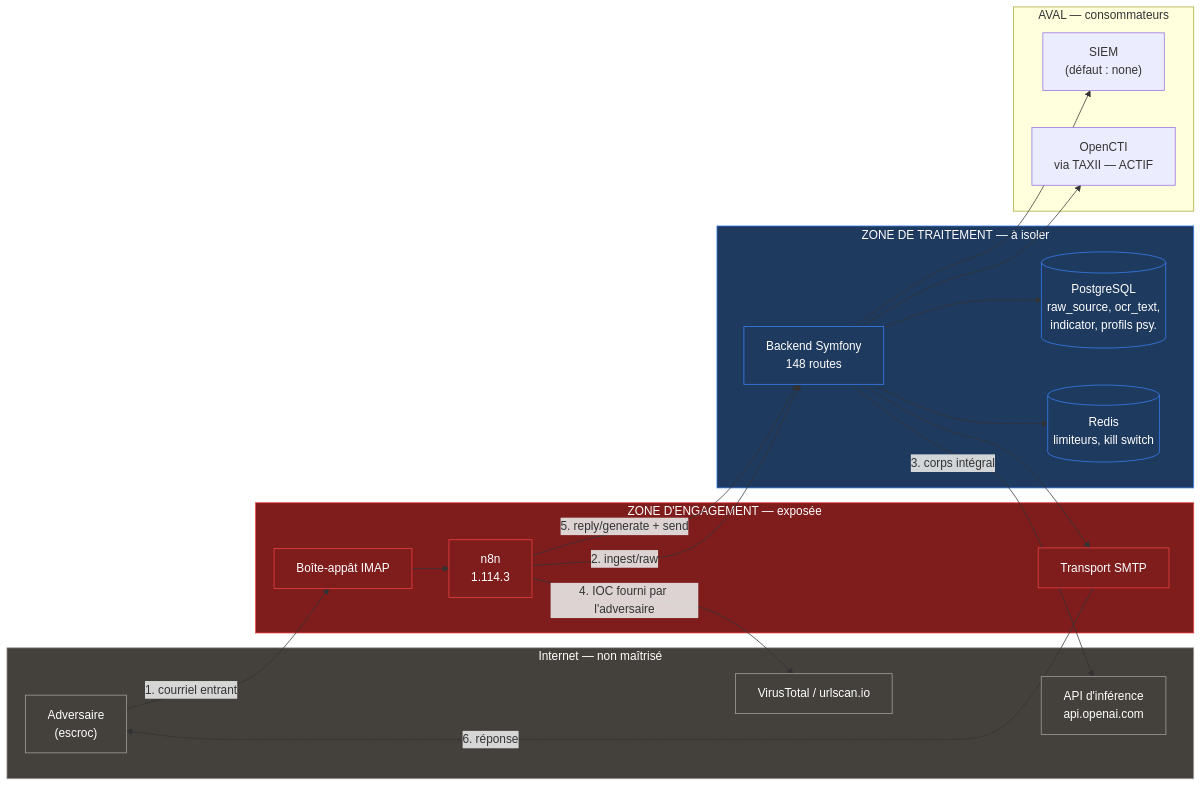
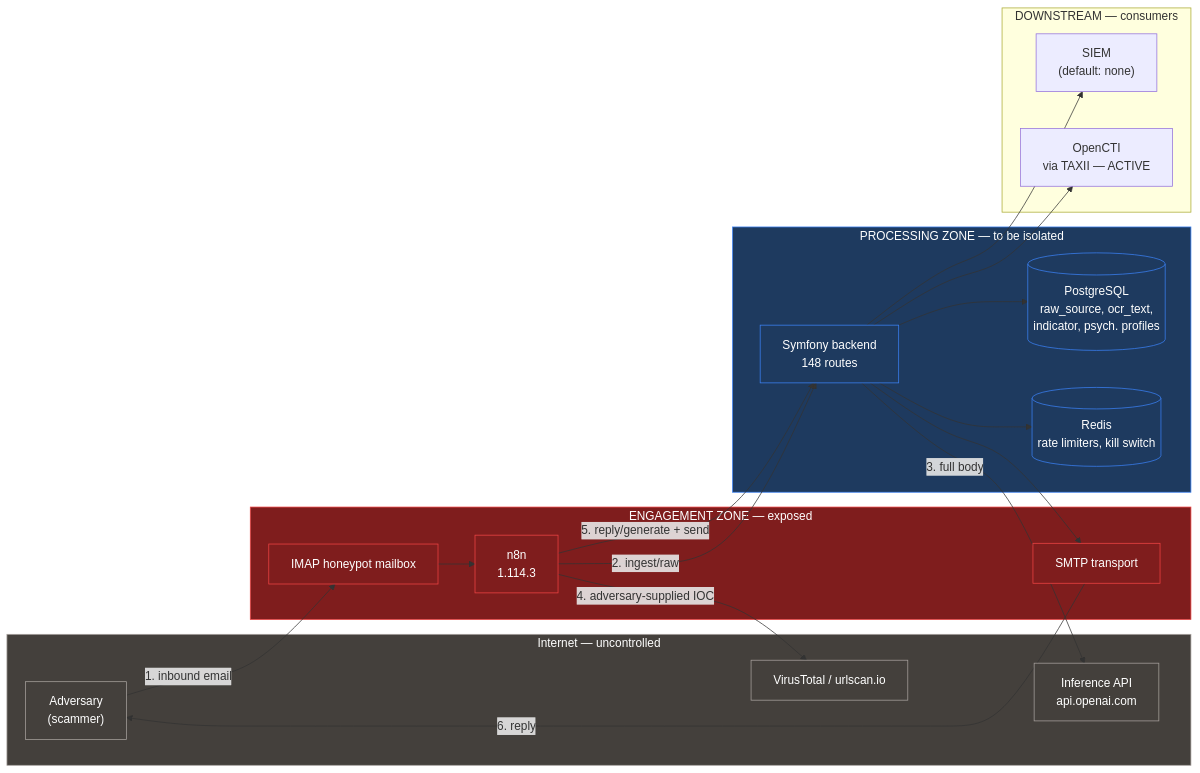
Before and after one commit to laugiov/scambuster: the diagram in audit/01_scope.md, drawn with Mermaid. The commit also changed other lines of this file, not shown here.

````diff
--- a/audit/01_scope.md
+++ b/audit/01_scope.md
@@ -465,45 +466,45 @@
 ```mermaid
 flowchart LR
-  subgraph INTERNET["Internet — non maîtrisé"]
-    ADV["Adversaire<br/>(escroc)"]
+  subgraph INTERNET["Internet — uncontrolled"]
+    ADV["Adversary<br/>(scammer)"]
     VT["VirusTotal / urlscan.io"]
-    LLMAPI["API d'inférence<br/>api.openai.com"]
+    LLMAPI["Inference API<br/>api.openai.com"]
   end
 
-  subgraph ZE["ZONE D'ENGAGEMENT — exposée"]
-    IMAP["Boîte-appât IMAP"]
+  subgraph ZE["ENGAGEMENT ZONE — exposed"]
+    IMAP["IMAP honeypot mailbox"]
     N8N["n8n<br/>1.114.3"]
-    SMTP["Transport SMTP"]
+    SMTP["SMTP transport"]
   end
 
-  subgraph ZT["ZONE DE TRAITEMENT — à isoler"]
-    API["Backend Symfony<br/>148 routes"]
-    DB[("PostgreSQL<br/>raw_source, ocr_text,<br/>indicator, profils psy.")]
-    REDIS[("Redis<br/>limiteurs, kill switch")]
+  subgraph ZT["PROCESSING ZONE — to be isolated"]
+    API["Symfony backend<br/>148 routes"]
+    DB[("PostgreSQL<br/>raw_source, ocr_text,<br/>indicator, psych. profiles")]
+    REDIS[("Redis<br/>rate limiters, kill switch")]
   end
 
-  subgraph AVAL["AVAL — consommateurs"]
-    SIEM["SIEM<br/>(défaut : none)"]
-    OCTI["OpenCTI<br/>via TAXII — ACTIF"]
+  subgraph AVAL["DOWNSTREAM — consumers"]
+    SIEM["SIEM<br/>(default: none)"]
+    OCTI["OpenCTI<br/>via TAXII — ACTIVE"]
   end
 
-  ADV -->|"1. courriel entrant"| IMAP
+  ADV -->|"1. inbound email"| IMAP
   IMAP --> N8N
   N8N -->|"2. ingest/raw"| API
-  API -->|"3. corps intégral"| LLMAPI
+  API -->|"3. full body"| LLMAPI
   API --> DB
   API --> REDIS
-  N8N -->|"4. IOC fourni par l'adversaire"| VT
+  N8N -->|"4. adversary-supplied IOC"| VT
   N8N -->|"5. reply/generate + send"| API
   API --> SMTP
-  SMTP -->|"6. réponse"| ADV
+  SMTP -->|"6. reply"| ADV
   API --> SIEM
   API --> OCTI
 
   classDef exposed fill:#7f1d1d,stroke:#ef4444,color:#fff
   classDef isolated fill:#1e3a5f,stroke:#3b82f6,color:#fff
   classDef external fill:#44403c,stroke:#a8a29e,color:#fff
   class ZE,IMAP,N8N,SMTP exposed
   class ZT,API,DB,REDIS isolated
   class INTERNET,ADV,VT,LLMAPI external
 ```
````
